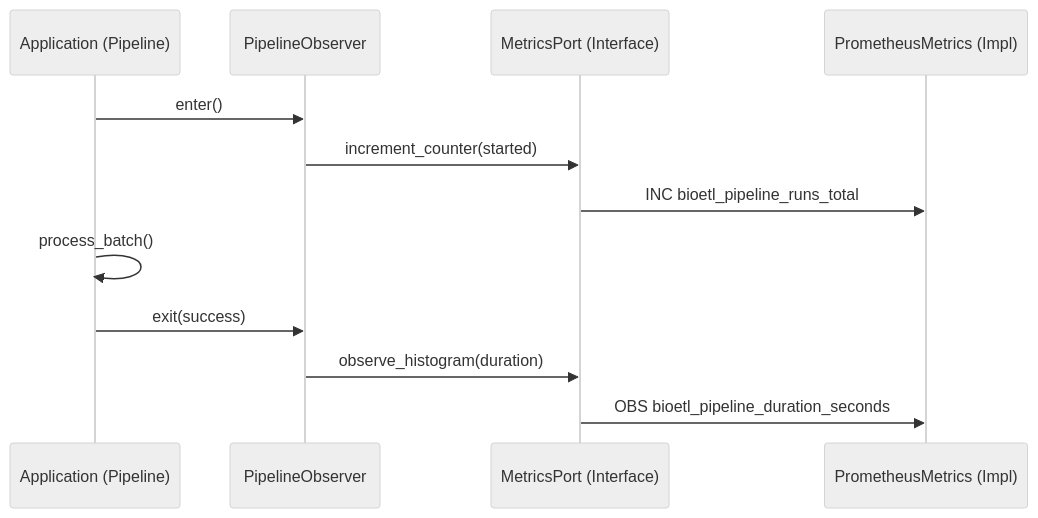
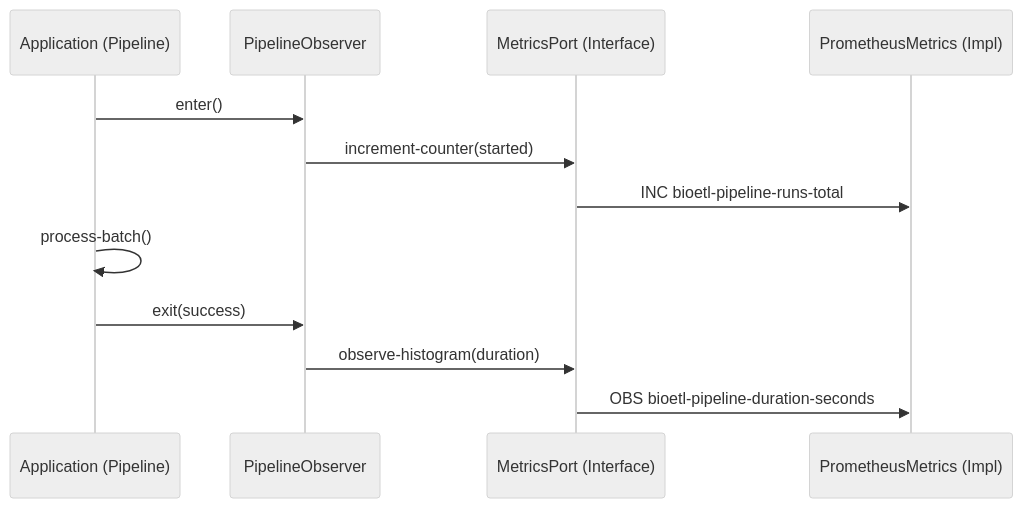
Before and after one commit to SatoryKono/BioactivityDataAcquisition: the diagram in docs/02-architecture/observability-layers.md, drawn with Mermaid (neutral theme). The commit also changed other lines of this file and 311 other files, not shown here.

````diff
--- a/docs/02-architecture/observability-layers.md
+++ b/docs/02-architecture/observability-layers.md
@@ -27,17 +27,17 @@
 ```mermaid
 sequenceDiagram
     participant App as Application (Pipeline)
     participant Obs as PipelineObserver
     participant Port as MetricsPort (Interface)
     participant Infra as PrometheusMetrics (Impl)
 
     App->>Obs: enter()
-    Obs->>Port: increment_counter(started)
-    Port->>Infra: INC bioetl_pipeline_runs_total
+    Obs->>Port: increment-counter(started)
+    Port->>Infra: INC bioetl-pipeline-runs-total
 
-    App->>App: process_batch()
+    App->>App: process-batch()
 
     App->>Obs: exit(success)
-    Obs->>Port: observe_histogram(duration)
-    Port->>Infra: OBS bioetl_pipeline_duration_seconds
+    Obs->>Port: observe-histogram(duration)
+    Port->>Infra: OBS bioetl-pipeline-duration-seconds
 ```
````
